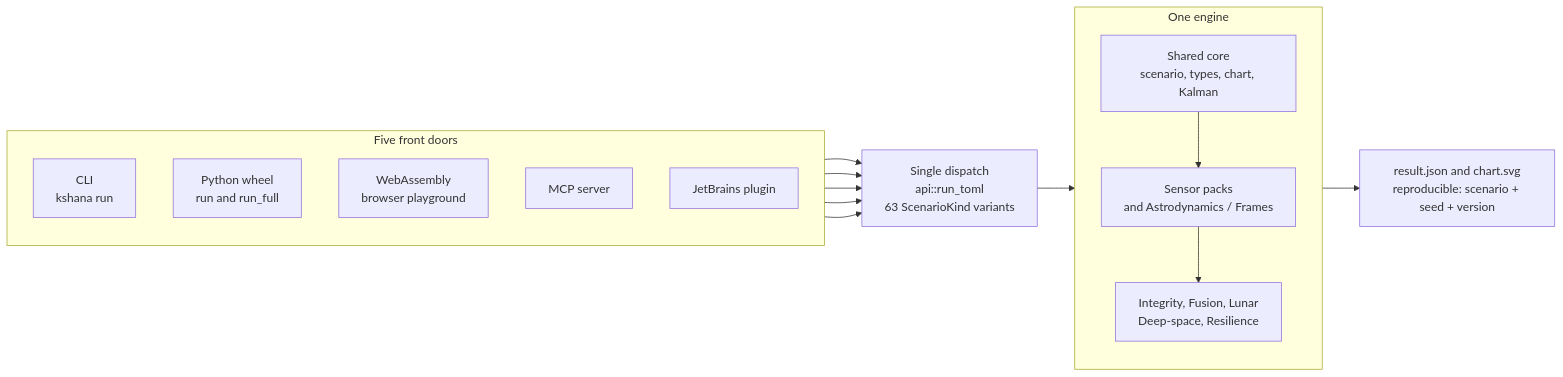
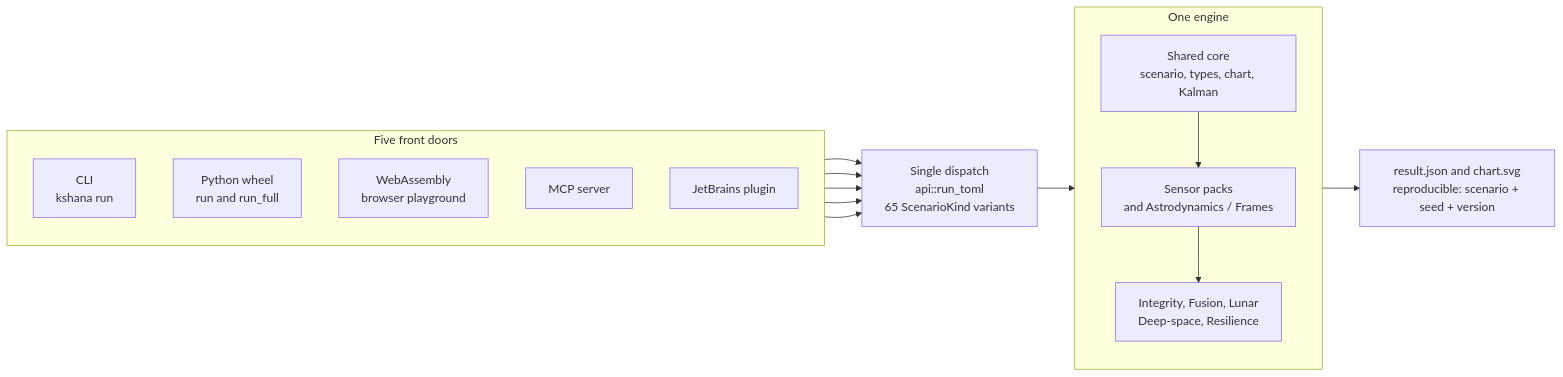
The diagram in docs/diagrams/system-overview.mmd (ashfordeOU/kshana), drawn with Mermaid before and after one commit. The commit also changed 41 other files, not shown here.

```diff
--- a/docs/diagrams/system-overview.mmd
+++ b/docs/diagrams/system-overview.mmd
@@ -1,31 +1,31 @@
 flowchart LR
     subgraph DOORS[Five front doors]
         direction TB
         CLI[CLI<br/>kshana run]
         PY[Python wheel<br/>run and run_full]
         WASM[WebAssembly<br/>browser playground]
         MCP[MCP server]
         IDE[JetBrains plugin]
     end
 
-    DISPATCH[Single dispatch<br/>api::run_toml<br/>63 ScenarioKind variants]
+    DISPATCH[Single dispatch<br/>api::run_toml<br/>65 ScenarioKind variants]
 
     subgraph ENGINE[One engine]
         direction TB
         CORE[Shared core<br/>scenario, types, chart, Kalman]
         PACKS[Sensor packs<br/>and Astrodynamics / Frames]
         DOMAIN[Integrity, Fusion, Lunar<br/>Deep-space, Resilience]
         CORE --> PACKS
         PACKS --> DOMAIN
     end
 
     OUT[result.json and chart.svg<br/>reproducible: scenario + seed + version]
 
     CLI --> DISPATCH
     PY --> DISPATCH
     WASM --> DISPATCH
     MCP --> DISPATCH
     IDE --> DISPATCH
 
     DISPATCH --> ENGINE
     ENGINE --> OUT
```
